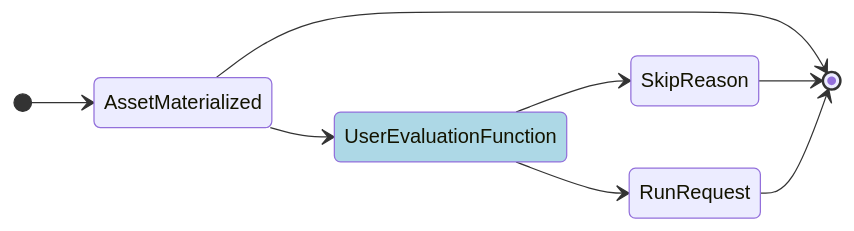
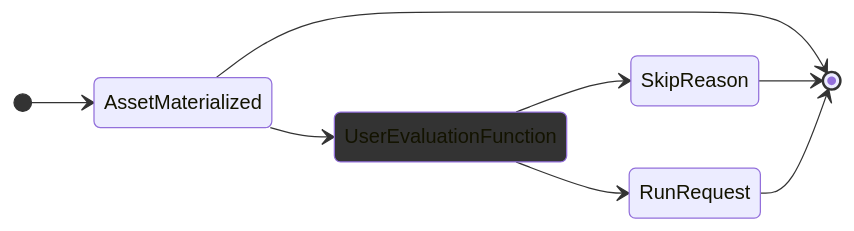
The second of 2 diagrams in docs/docs-beta/docs/guides/automation/asset-sensors.md (dagster-io/dagster), drawn with Mermaid before and after one commit. The commit also changed other lines of this file, not shown here.

Commit message:
fix mermaid color

````diff
--- a/docs/docs-beta/docs/guides/automation/asset-sensors.md
+++ b/docs/docs-beta/docs/guides/automation/asset-sensors.md
@@ -50,18 +50,18 @@
 ```mermaid
 stateDiagram-v2
     direction LR
 
 
 
     [*] --> AssetMaterialized
     AssetMaterialized --> [*]
 
     AssetMaterialized --> UserEvaluationFunction
     UserEvaluationFunction --> RunRequest
     UserEvaluationFunction --> SkipReason
     SkipReason --> [*]
     RunRequest --> [*]
 
     class UserEvaluationFunction userDefined
-    classDef userDefined fill: lightblue
+    classDef userDefined fill: var(--theme-color-accent-lavendar)
 ```
````
